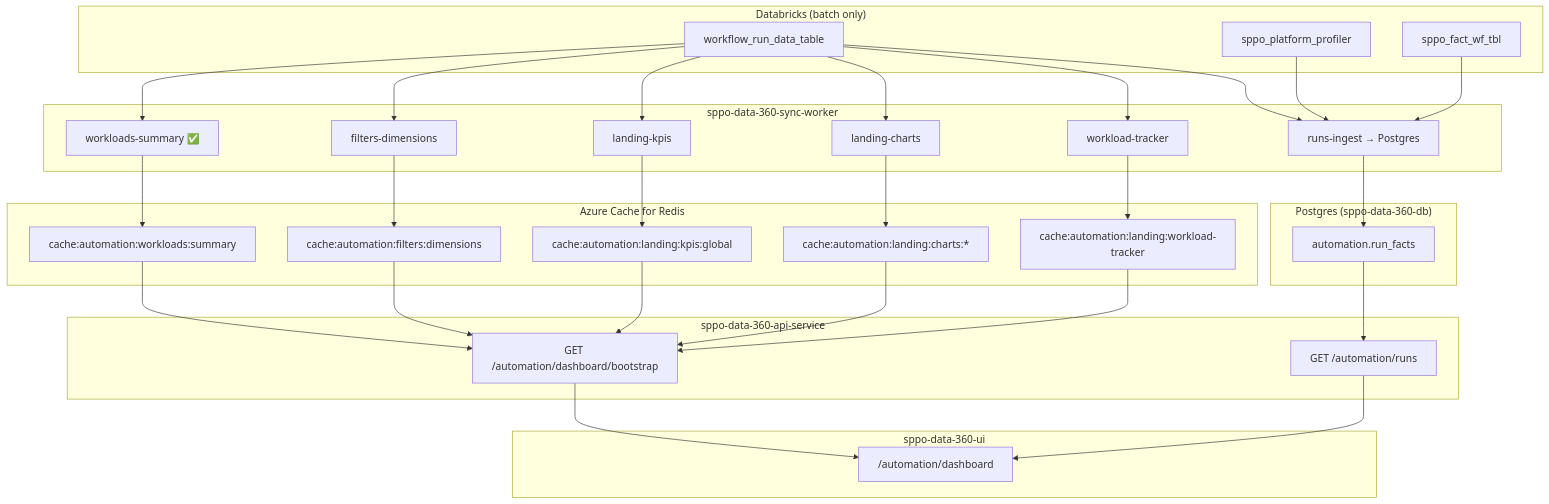
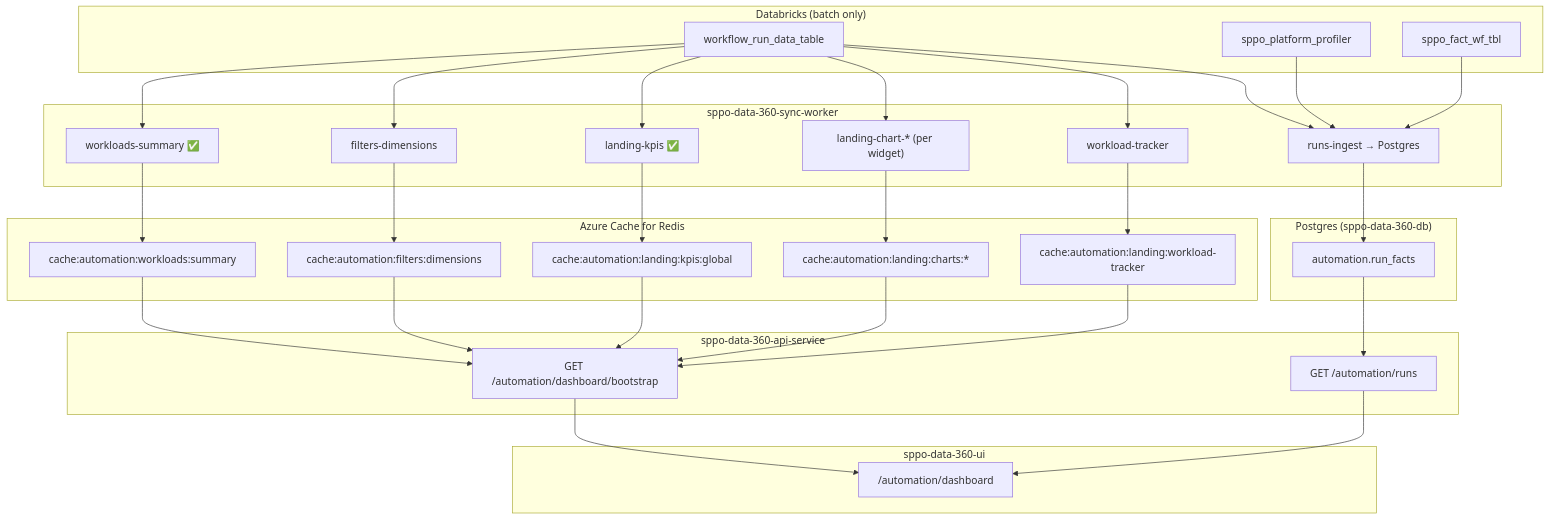
One commit to sumit87dgp/train-of-thoughts changed the diagram in docs/learning/personal/automation-dashboard-data-architecture.md. Above: the diagram before and after it, drawn with Mermaid. The commit also changed other lines of this file and 3 other files, not shown here.

````diff
--- a/docs/learning/personal/automation-dashboard-data-architecture.md
+++ b/docs/learning/personal/automation-dashboard-data-architecture.md
@@ -171,51 +173,51 @@
 ```mermaid
 flowchart TB
     subgraph DBX["Databricks (batch only)"]
         WRT["workflow_run_data_table"]
         PROF["sppo_platform_profiler"]
         FACT["sppo_fact_wf_tbl"]
     end
 
     subgraph SW["sppo-data-360-sync-worker"]
         J0["workloads-summary ✅"]
         J1["filters-dimensions"]
-        J2["landing-kpis"]
-        J3["landing-charts"]
+        J2["landing-kpis ✅"]
+        J3["landing-chart-* (per widget)"]
         J4["workload-tracker"]
         J5["runs-ingest → Postgres"]
     end
 
     subgraph Redis["Azure Cache for Redis"]
         R0["cache:automation:workloads:summary"]
         R1["cache:automation:filters:dimensions"]
         R2["cache:automation:landing:kpis:global"]
         R3["cache:automation:landing:charts:*"]
         R4["cache:automation:landing:workload-tracker"]
     end
 
     subgraph PG["Postgres (sppo-data-360-db)"]
         RF["automation.run_facts"]
     end
 
     subgraph API["sppo-data-360-api-service"]
         B1["GET /automation/dashboard/bootstrap"]
         B2["GET /automation/runs"]
     end
 
     subgraph UI["sppo-data-360-ui"]
         DASH["/automation/dashboard"]
     end
 
     WRT --> J0 & J1 & J2 & J3 & J4 & J5
     PROF --> J5
     FACT --> J5
     J0 --> R0
     J1 --> R1
     J2 --> R2
     J3 --> R3
     J4 --> R4
     J5 --> RF
     R0 & R1 & R2 & R3 & R4 --> B1
     RF --> B2
     B1 & B2 --> DASH
 ```
````
